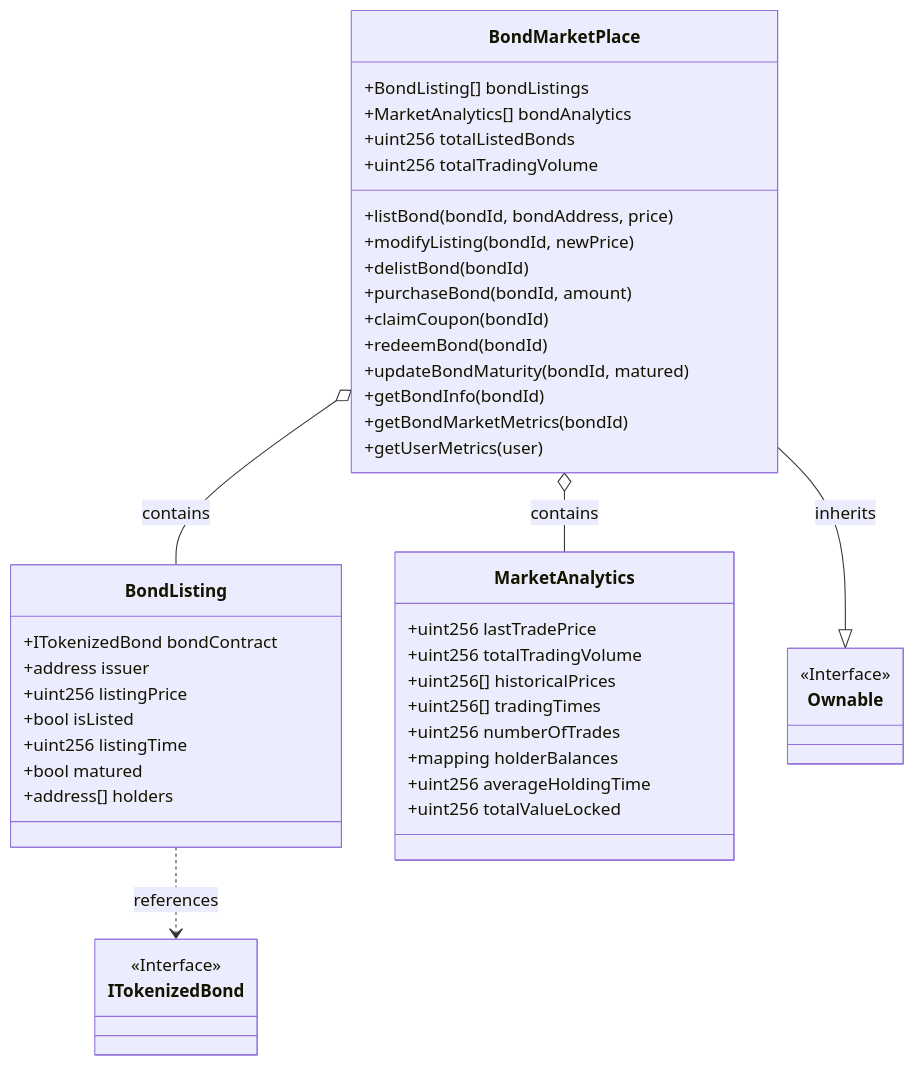
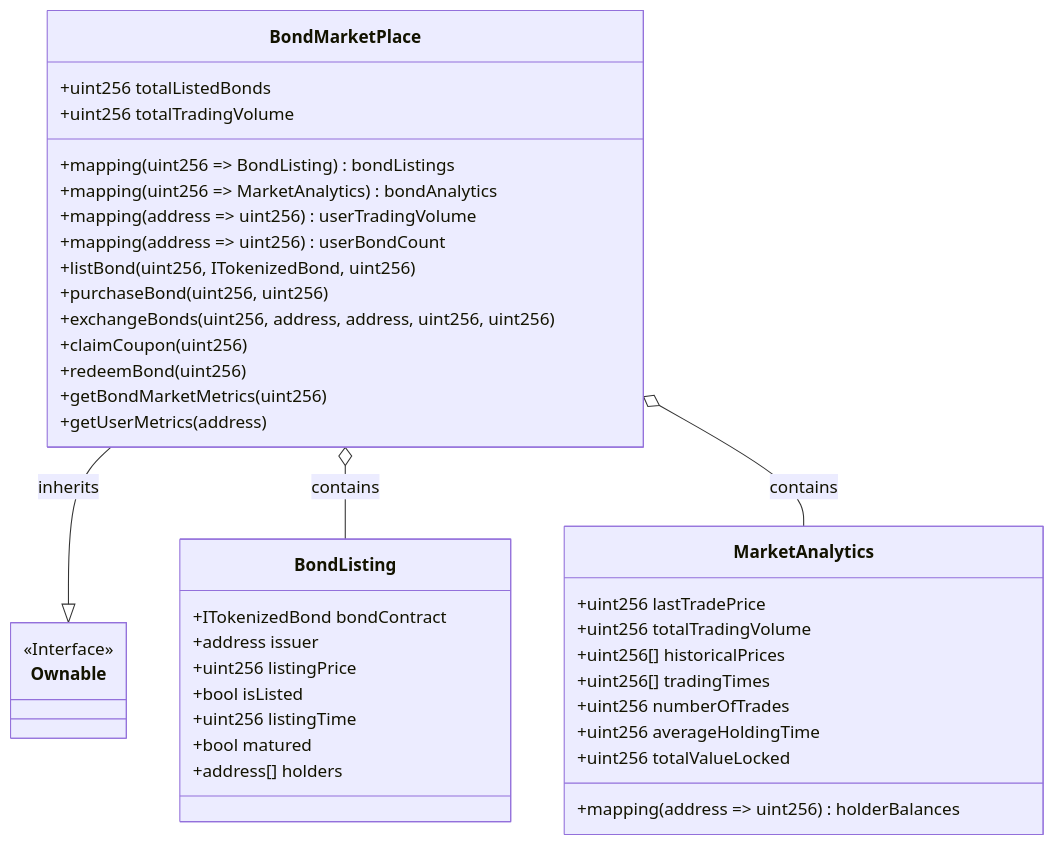
One commit to whanyu1212/fractional-bond-trading changed the fifth of 6 diagrams in README.md. Above: the diagram before and after it, drawn with Mermaid. The commit also changed other lines of this file, not shown here.

Commit message:
updating readme to reflect the latest contract changes and also added a user story diagram

````diff
--- a/README.md
+++ b/README.md
@@ -593,54 +625,47 @@
 ```mermaid
 classDiagram
     class BondMarketPlace {
-        +BondListing[] bondListings
-        +MarketAnalytics[] bondAnalytics
+        +mapping(uint256 => BondListing) bondListings
+        +mapping(uint256 => MarketAnalytics) bondAnalytics
         +uint256 totalListedBonds
         +uint256 totalTradingVolume
-        +listBond(bondId, bondAddress, price)
-        +modifyListing(bondId, newPrice)
-        +delistBond(bondId)
-        +purchaseBond(bondId, amount)
-        +claimCoupon(bondId)
-        +redeemBond(bondId)
-        +updateBondMaturity(bondId, matured)
-        +getBondInfo(bondId)
-        +getBondMarketMetrics(bondId)
-        +getUserMetrics(user)
+        +mapping(address => uint256) userTradingVolume
+        +mapping(address => uint256) userBondCount
+        +listBond(uint256, ITokenizedBond, uint256)
+        +purchaseBond(uint256, uint256)
+        +exchangeBonds(uint256, address, address, uint256, uint256)
+        +claimCoupon(uint256)
+        +redeemBond(uint256)
+        +getBondMarketMetrics(uint256)
+        +getUserMetrics(address)
     }
 
     class BondListing {
         +ITokenizedBond bondContract
         +address issuer
         +uint256 listingPrice
         +bool isListed
         +uint256 listingTime
         +bool matured
         +address[] holders
     }
 
     class MarketAnalytics {
         +uint256 lastTradePrice
         +uint256 totalTradingVolume
         +uint256[] historicalPrices
         +uint256[] tradingTimes
         +uint256 numberOfTrades
-        +mapping holderBalances
+        +mapping(address => uint256) holderBalances
         +uint256 averageHoldingTime
         +uint256 totalValueLocked
     }
 
     class Ownable {
         <<Interface>>
     }
 
-    class ITokenizedBond {
-        <<Interface>>
-    }
-
     BondMarketPlace --|> Ownable : inherits
     BondMarketPlace o-- BondListing : contains
     BondMarketPlace o-- MarketAnalytics : contains
-    BondListing ..> ITokenizedBond : references
-
 ```
````
